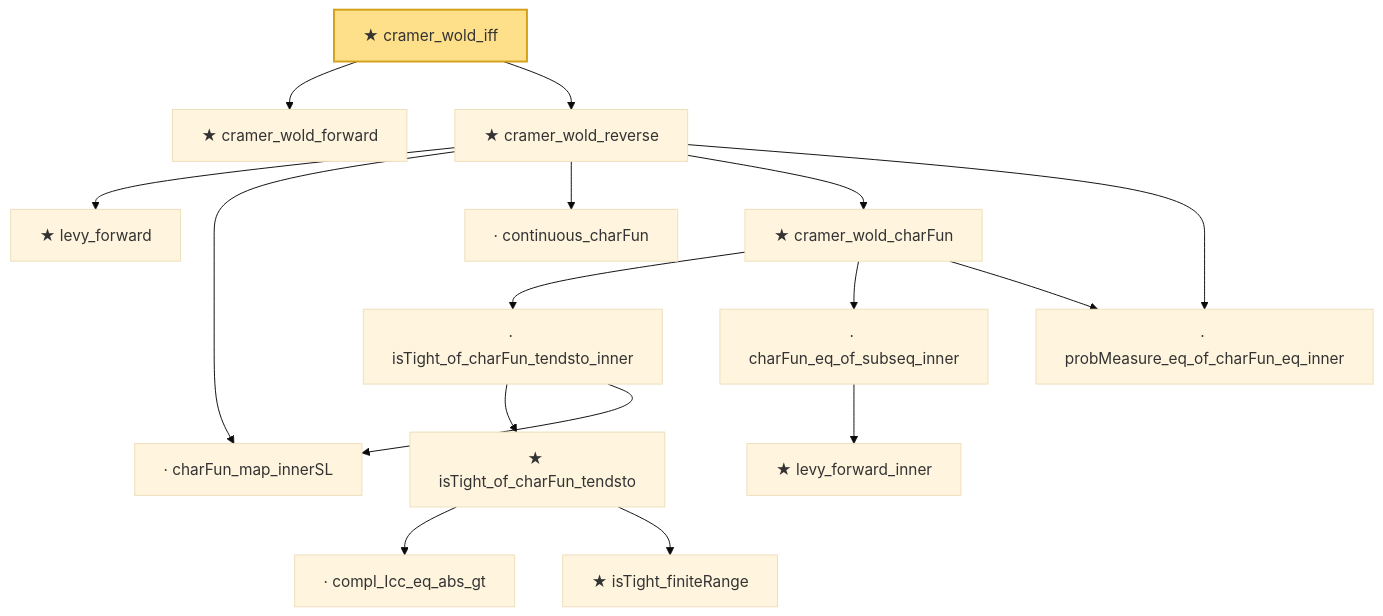
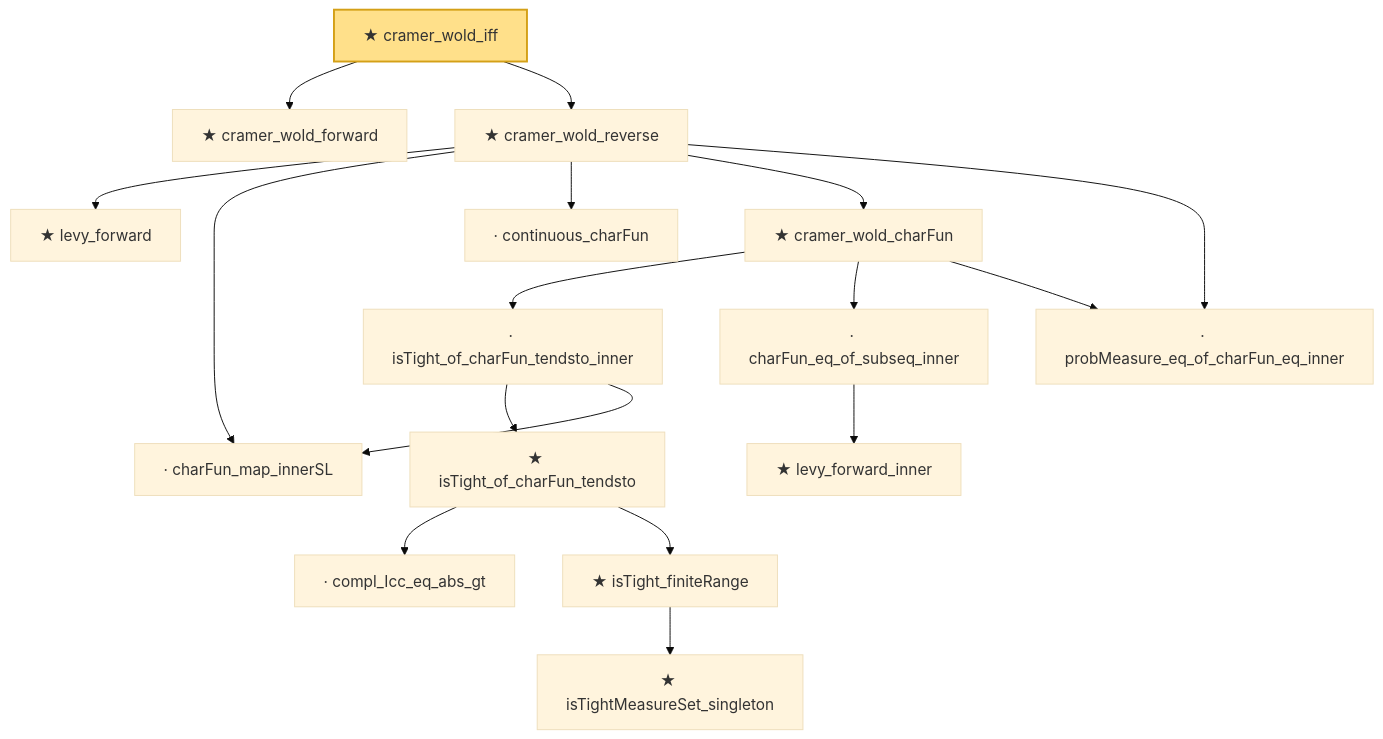
The diagram in public/narratives/StatFoundation/cramer_wold_iff.md (statopia/statlib-site), drawn with Mermaid (base theme) before and after one commit. The commit also changed other lines of this file and 940 other files, not shown here.

Commit message:
docs: refresh featured dependency graphs

````diff
--- a/public/narratives/StatFoundation/cramer_wold_iff.md
+++ b/public/narratives/StatFoundation/cramer_wold_iff.md
@@ -25,35 +26,37 @@
 ```mermaid
 flowchart TD
   n0["★ cramer_wold_forward"]
   n1["★ levy_forward"]
   n2["· charFun_map_innerSL"]
   n3["· continuous_charFun"]
   n4["· compl_Icc_eq_abs_gt"]
-  n5["★ isTight_finiteRange"]
-  n6["★ isTight_of_charFun_tendsto"]
-  n7["· isTight_of_charFun_tendsto_inner"]
-  n8["★ levy_forward_inner"]
-  n9["· charFun_eq_of_subseq_inner"]
-  n10["· probMeasure_eq_of_charFun_eq_inner"]
-  n11["★ cramer_wold_charFun"]
-  n12["★ cramer_wold_reverse"]
-  n13["★ cramer_wold_iff"]
-  n6 --> n4
+  n5["★ isTightMeasureSet_singleton"]
+  n6["★ isTight_finiteRange"]
+  n7["★ isTight_of_charFun_tendsto"]
+  n8["· isTight_of_charFun_tendsto_inner"]
+  n9["★ levy_forward_inner"]
+  n10["· charFun_eq_of_subseq_inner"]
+  n11["· probMeasure_eq_of_charFun_eq_inner"]
+  n12["★ cramer_wold_charFun"]
+  n13["★ cramer_wold_reverse"]
+  n14["★ cramer_wold_iff"]
   n6 --> n5
+  n7 --> n4
   n7 --> n6
-  n7 --> n2
-  n9 --> n8
-  n11 --> n7
-  n11 --> n9
-  n11 --> n10
-  n12 --> n1
-  n12 --> n2
-  n12 --> n3
+  n8 --> n7
+  n8 --> n2
+  n10 --> n9
+  n12 --> n8
+  n12 --> n10
   n12 --> n11
-  n12 --> n10
-  n13 --> n0
+  n13 --> n1
+  n13 --> n2
+  n13 --> n3
   n13 --> n12
-  class n13 headline;
+  n13 --> n11
+  n14 --> n0
+  n14 --> n13
+  class n14 headline;
   classDef headline fill:#ffe08a,stroke:#d4a017,stroke-width:2px;
   classDef axiomNode fill:#ffd0d0,stroke:#c0392b,stroke-dasharray:4 2;
 ```
````
